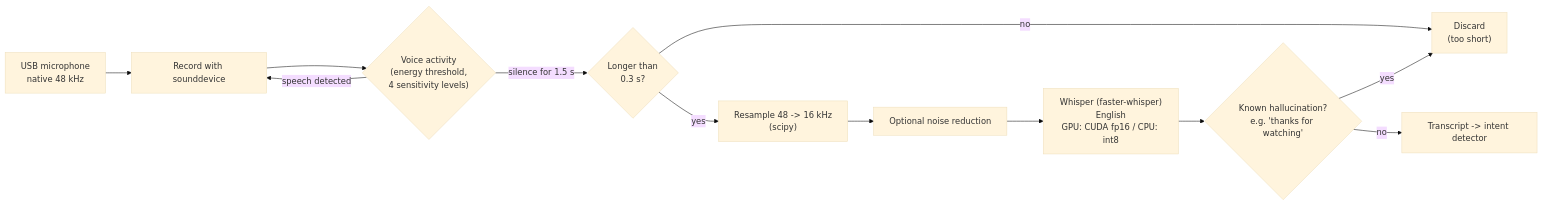
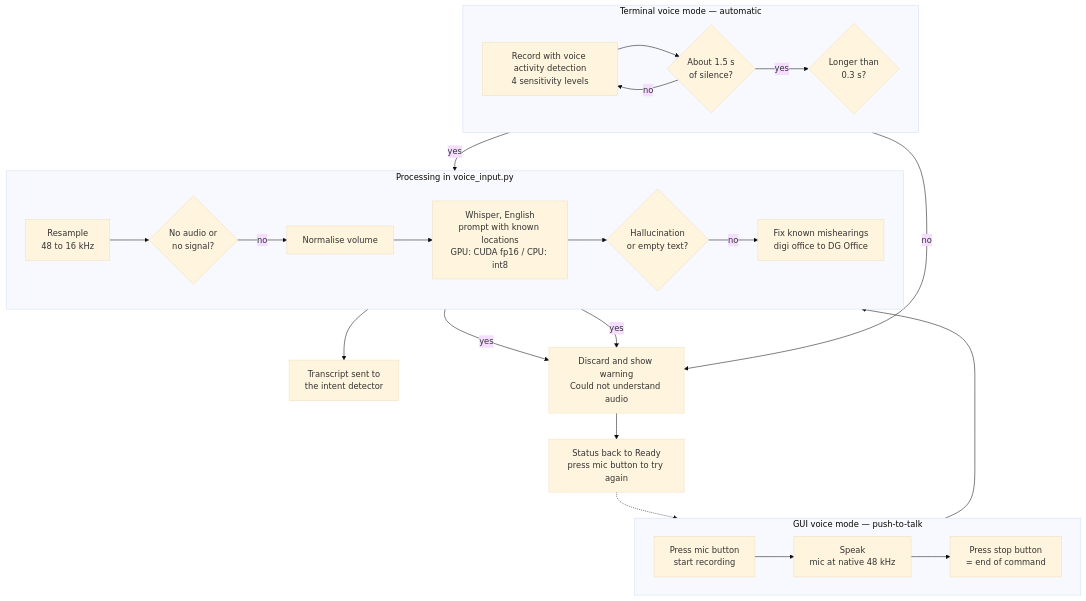
Before and after one commit to Huzaifa-Rahim-Malik/LLM-Based-Navigation-Using-Turtlebot4: the third of 4 diagrams in README.md, drawn with Mermaid (base theme). The commit also changed other lines of this file, not shown here.

````diff
--- a/README.md
+++ b/README.md
@@ -196,14 +216,34 @@
 ```mermaid
-flowchart LR
-    MIC["USB microphone<br/>native 48 kHz"] --> REC["Record with sounddevice"]
-    REC --> VAD{"Voice activity<br/>(energy threshold,<br/>4 sensitivity levels)"}
-    VAD -- "speech detected" --> REC
-    VAD -- "silence for 1.5 s" --> LEN{"Longer than<br/>0.3 s?"}
-    LEN -- no --> DROP["Discard<br/>(too short)"]
-    LEN -- yes --> RS["Resample 48 -> 16 kHz<br/>(scipy)"]
-    RS --> NR["Optional noise reduction"]
-    NR --> W["Whisper (faster-whisper)<br/>English<br/>GPU: CUDA fp16 / CPU: int8"]
-    W --> F{"Known hallucination?<br/>e.g. 'thanks for watching'"}
-    F -- yes --> DROP
-    F -- no --> OUT["Transcript -> intent detector"]
+flowchart TB
+    subgraph G["GUI voice mode — push-to-talk"]
+      direction LR
+      B1["Press mic button<br/>start recording"] --> B2["Speak<br/>mic at native 48 kHz"]
+      B2 --> B3["Press stop button<br/>= end of command"]
+    end
+
+    subgraph T["Terminal voice mode — automatic"]
+      direction LR
+      C1["Record with voice activity detection<br/>4 sensitivity levels"] --> C2{"About 1.5 s<br/>of silence?"}
+      C2 -- no --> C1
+      C2 -- yes --> C3{"Longer than<br/>0.3 s?"}
+    end
+
+    subgraph P["Processing in voice_input.py"]
+      direction LR
+      P1["Resample<br/>48 to 16 kHz"] --> P2{"No audio or<br/>no signal?"}
+      P2 -- no --> P3["Normalise volume"]
+      P3 --> P4["Whisper, English<br/>prompt with known locations<br/>GPU: CUDA fp16 / CPU: int8"]
+      P4 --> P5{"Hallucination<br/>or empty text?"}
+      P5 -- no --> P6["Fix known mishearings<br/>digi office to DG Office"]
+    end
+
+    B3 --> P1
+    C3 -- yes --> P1
+    P6 --> OUT["Transcript sent to<br/>the intent detector"]
+
+    C3 -- no --> D
+    P2 -- yes --> D
+    P5 -- yes --> D
+    D["Discard and show warning<br/>Could not understand audio"] --> W["Status back to Ready<br/>press mic button to try again"]
+    W -.-> B1
 ```
````
